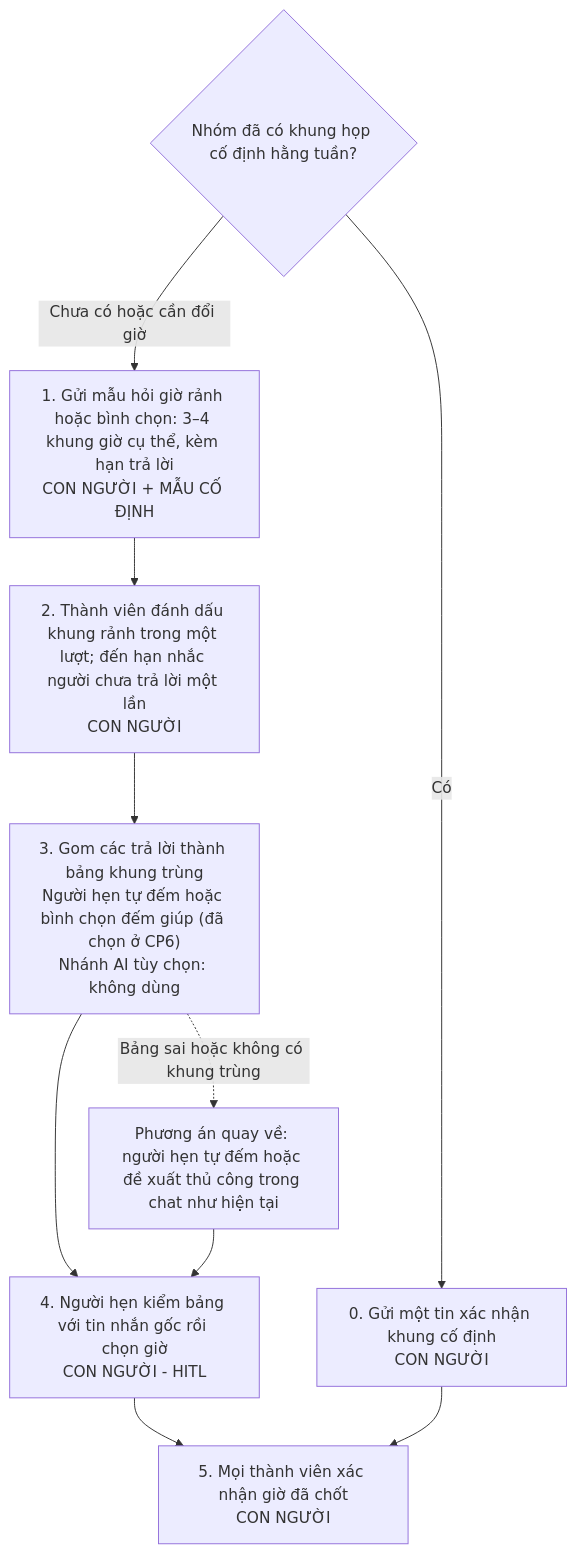
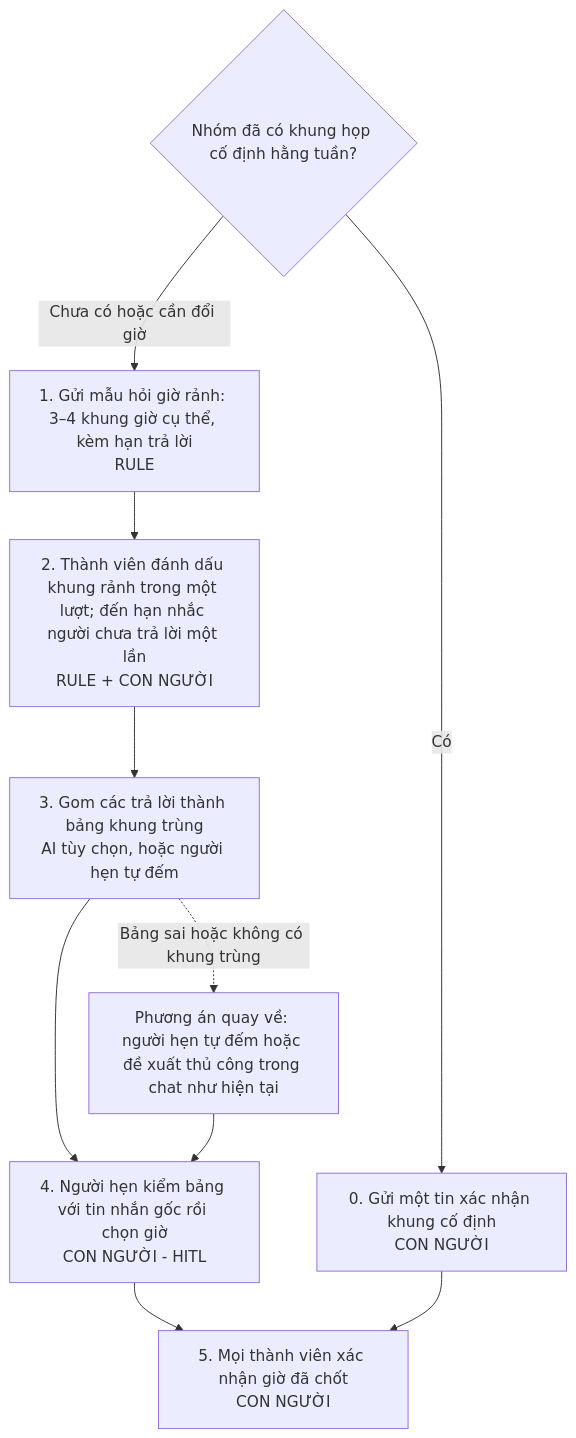
One commit to duyhale95/K5-L3B-DAY02-UIT-DiscoveryProblemFraming changed the second of 2 diagrams in report/team/group_report.md. Above: the diagram before and after it, drawn with Mermaid. The commit also changed other lines of this file and 1 other file, not shown here.

````diff
--- a/report/team/group_report.md
+++ b/report/team/group_report.md
@@ -238,13 +238,13 @@
 ```mermaid
 flowchart TD
   F0{"Nhóm đã có khung họp cố định hằng tuần?"}
   F0 -->|"Có"| F6["0. Gửi một tin xác nhận khung cố định<br/>CON NGƯỜI"]
-  F0 -->|"Chưa có hoặc cần đổi giờ"| F1["1. Gửi mẫu hỏi giờ rảnh hoặc bình chọn: 3–4 khung giờ cụ thể, kèm hạn trả lời<br/>CON NGƯỜI + MẪU CỐ ĐỊNH"]
-  F1 --> F2["2. Thành viên đánh dấu khung rảnh trong một lượt; đến hạn nhắc người chưa trả lời một lần<br/>CON NGƯỜI"]
-  F2 --> F3["3. Gom các trả lời thành bảng khung trùng<br/>Người hẹn tự đếm hoặc bình chọn đếm giúp (đã chọn ở CP6)<br/>Nhánh AI tùy chọn: không dùng"]
+  F0 -->|"Chưa có hoặc cần đổi giờ"| F1["1. Gửi mẫu hỏi giờ rảnh: 3–4 khung giờ cụ thể, kèm hạn trả lời<br/>RULE"]
+  F1 --> F2["2. Thành viên đánh dấu khung rảnh trong một lượt; đến hạn nhắc người chưa trả lời một lần<br/>RULE + CON NGƯỜI"]
+  F2 --> F3["3. Gom các trả lời thành bảng khung trùng<br/>AI tùy chọn, hoặc người hẹn tự đếm"]
   F3 --> F4["4. Người hẹn kiểm bảng với tin nhắn gốc rồi chọn giờ<br/>CON NGƯỜI - HITL"]
   F4 --> F5["5. Mọi thành viên xác nhận giờ đã chốt<br/>CON NGƯỜI"]
   F6 --> F5
   F3 -.->|"Bảng sai hoặc không có khung trùng"| R["Phương án quay về: người hẹn tự đếm hoặc đề xuất thủ công trong chat như hiện tại"]
   R --> F4
 ```
````
